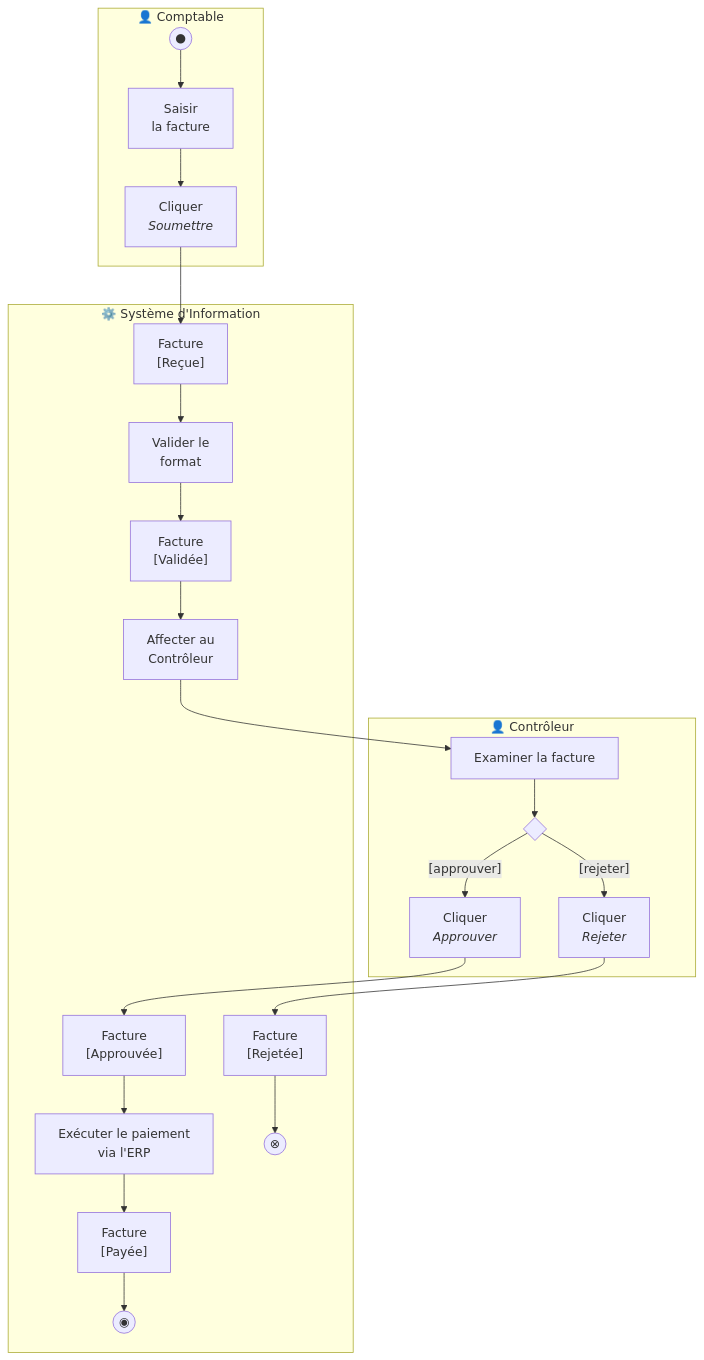
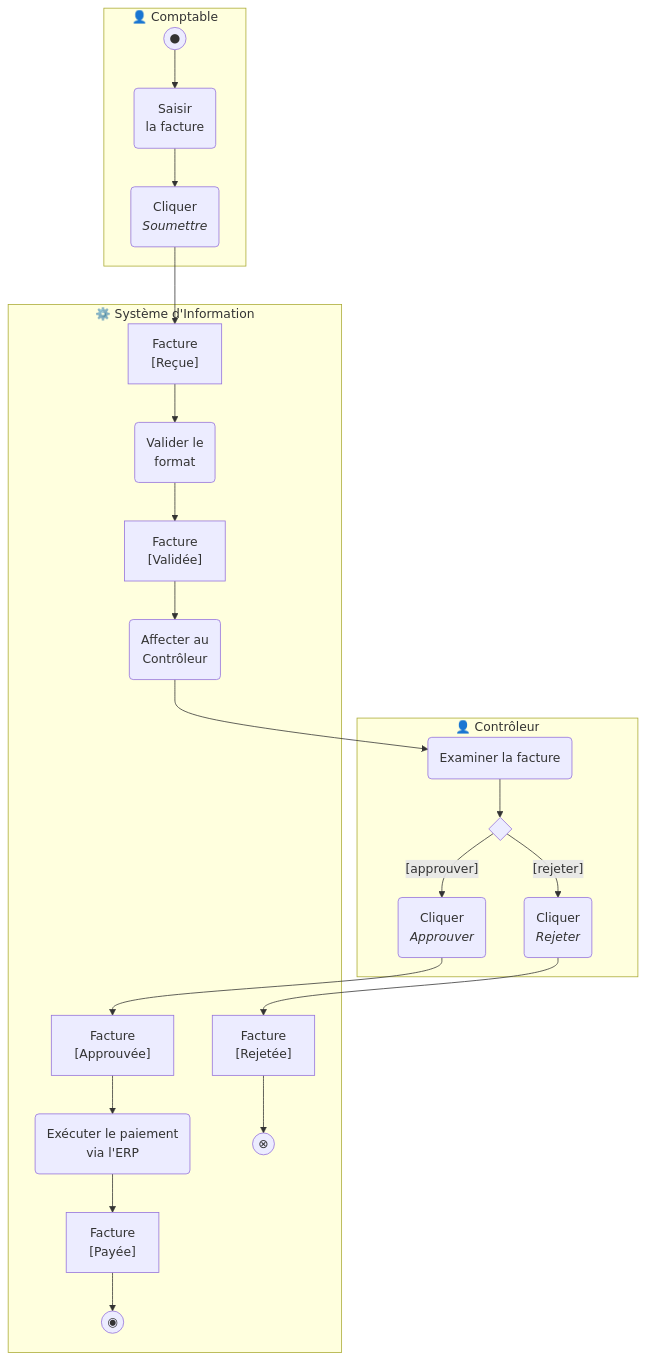
The sixth of 11 diagrams in UML/solutions/UML Activity Solutions.md (MATBMS/study-case-training), drawn with Mermaid before and after one commit. The commit also changed other lines of this file and 12 other files, not shown here.

````diff
--- a/UML/solutions/UML Activity Solutions.md
+++ b/UML/solutions/UML Activity Solutions.md
@@ -130,26 +246,26 @@
 ```mermaid
 flowchart TB
     subgraph CPT ["👤 Comptable"]
-        I(("●")) --> A["Saisir<br/>la facture"]
-        A --> B["Cliquer<br/><i>Soumettre</i>"]
+        I(("●")) --> A("Saisir<br/>la facture")
+        A --> B("Cliquer<br/><i>Soumettre</i>")
     end
     subgraph CTR ["👤 Contrôleur"]
-        CTR1["Examiner la facture"]
+        CTR1("Examiner la facture")
         CTR1 --> D{" "}
-        D -- "[approuver]" --> CTR2["Cliquer<br/><i>Approuver</i>"]
-        D -- "[rejeter]" --> CTR3["Cliquer<br/><i>Rejeter</i>"]
+        D -- "[approuver]" --> CTR2("Cliquer<br/><i>Approuver</i>")
+        D -- "[rejeter]" --> CTR3("Cliquer<br/><i>Rejeter</i>")
     end
     subgraph SI ["⚙️ Système d'Information"]
-        O1["Facture<br/>[Reçue]"] --> S1["Valider le<br/>format"]
+        O1["Facture<br/>[Reçue]"] --> S1("Valider le<br/>format")
         S1 --> O2["Facture<br/>[Validée]"]
-        O2 --> S2["Affecter au<br/>Contrôleur"]
-        O3["Facture<br/>[Approuvée]"] --> S3["Exécuter le paiement<br/>via l'ERP"]
+        O2 --> S2("Affecter au<br/>Contrôleur")
+        O3["Facture<br/>[Approuvée]"] --> S3("Exécuter le paiement<br/>via l'ERP")
         S3 --> O5["Facture<br/>[Payée]"]
         O5 --> END(("◉"))
         O4["Facture<br/>[Rejetée]"] --> FF(("⊗"))
     end
     B --> O1
     S2 --> CTR1
     CTR2 --> O3
     CTR3 --> O4
 ```
````
